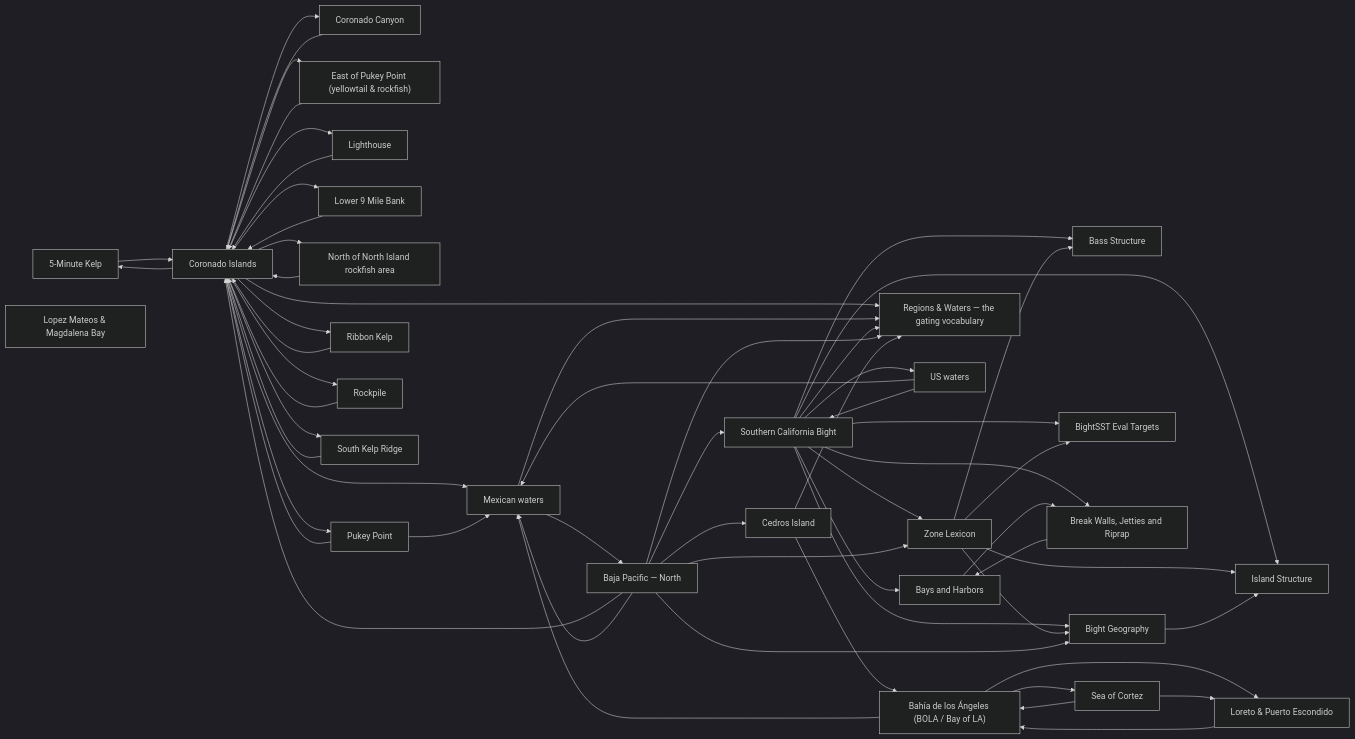
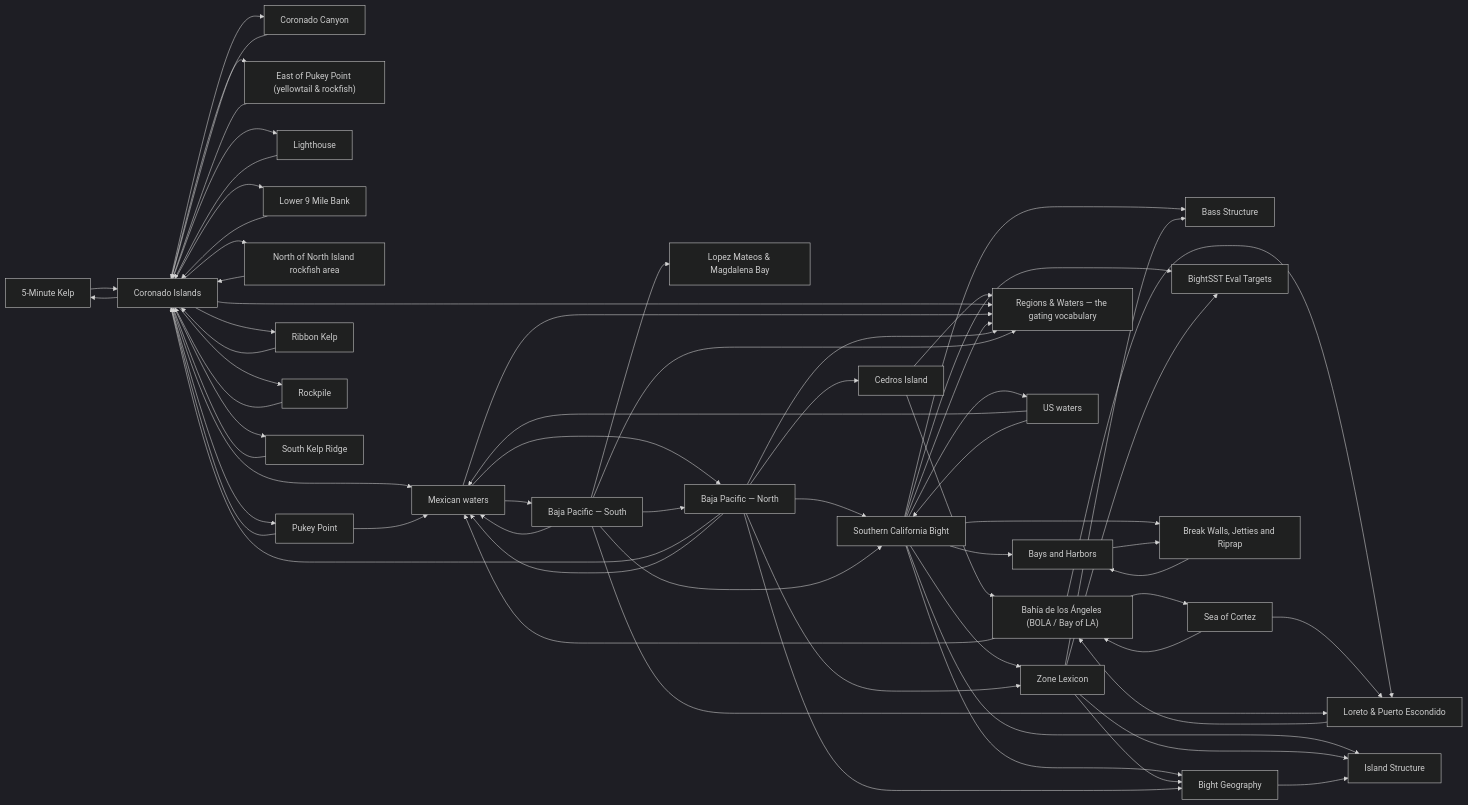
One commit to camchuckpete-max/Socal-Fishing-Knowledge changed the diagram in locations/README.md. Above: the diagram before and after it, drawn with Mermaid (dark theme). The commit also changed other lines of this file and 28 other files, not shown here.

Commit message:
review: locations/baja-pacific-south.md — geo

````diff
--- a/locations/README.md
+++ b/locations/README.md
@@ -47,86 +48,94 @@
   n1["Bahía de los Ángeles (BOLA / Bay of LA)"]
   n2["Lopez Mateos & Magdalena Bay"]
   n3["Baja Pacific — North"]
-  n4["Bass Structure"]
-  n5["Bays and Harbors"]
-  n6["Bight Geography"]
-  n7["BightSST Eval Targets"]
-  n8["Break Walls, Jetties and Riprap"]
-  n9["Cedros Island"]
-  n10["Coronado Canyon"]
-  n11["Coronado Islands"]
-  n12["East of Pukey Point (yellowtail & rockfish)"]
-  n13["Island Structure"]
-  n14["Lighthouse"]
-  n15["Loreto & Puerto Escondido"]
-  n16["Lower 9 Mile Bank"]
-  n17["Mexican waters"]
-  n18["North of North Island rockfish area"]
-  n19["Pukey Point"]
-  n20["Regions & Waters — the gating vocabulary"]
-  n21["Ribbon Kelp"]
-  n22["Rockpile"]
-  n23["Sea of Cortez"]
-  n24["Southern California Bight"]
-  n25["South Kelp Ridge"]
-  n26["US waters"]
-  n27["Zone Lexicon"]
-  n0 --> n11
-  n1 --> n15
-  n1 --> n17
-  n1 --> n23
-  n10 --> n11
-  n11 --> n0
-  n11 --> n10
+  n4["Baja Pacific — South"]
+  n5["Bass Structure"]
+  n6["Bays and Harbors"]
+  n7["Bight Geography"]
+  n8["BightSST Eval Targets"]
+  n9["Break Walls, Jetties and Riprap"]
+  n10["Cedros Island"]
+  n11["Coronado Canyon"]
+  n12["Coronado Islands"]
+  n13["East of Pukey Point (yellowtail & rockfish)"]
+  n14["Island Structure"]
+  n15["Lighthouse"]
+  n16["Loreto & Puerto Escondido"]
+  n17["Lower 9 Mile Bank"]
+  n18["Mexican waters"]
+  n19["North of North Island rockfish area"]
+  n20["Pukey Point"]
+  n21["Regions & Waters — the gating vocabulary"]
+  n22["Ribbon Kelp"]
+  n23["Rockpile"]
+  n24["Sea of Cortez"]
+  n25["Southern California Bight"]
+  n26["South Kelp Ridge"]
+  n27["US waters"]
+  n28["Zone Lexicon"]
+  n0 --> n12
+  n1 --> n16
+  n1 --> n18
+  n1 --> n24
+  n10 --> n1
+  n10 --> n21
   n11 --> n12
-  n11 --> n14
-  n11 --> n16
-  n11 --> n17
-  n11 --> n18
-  n11 --> n19
-  n11 --> n20
-  n11 --> n21
-  n11 --> n22
-  n11 --> n25
+  n12 --> n0
   n12 --> n11
-  n14 --> n11
-  n15 --> n1
-  n16 --> n11
-  n17 --> n20
-  n17 --> n3
-  n18 --> n11
-  n19 --> n11
-  n19 --> n17
-  n21 --> n11
-  n22 --> n11
-  n23 --> n1
-  n23 --> n15
-  n24 --> n13
-  n24 --> n20
-  n24 --> n26
-  n24 --> n27
-  n24 --> n4
-  n24 --> n5
-  n24 --> n6
-  n24 --> n7
-  n24 --> n8
-  n25 --> n11
-  n26 --> n17
-  n26 --> n24
-  n27 --> n13
-  n27 --> n4
-  n27 --> n6
-  n27 --> n7
-  n3 --> n11
-  n3 --> n17
-  n3 --> n20
-  n3 --> n24
-  n3 --> n27
-  n3 --> n6
-  n3 --> n9
-  n5 --> n8
-  n6 --> n13
-  n8 --> n5
-  n9 --> n1
-  n9 --> n20
+  n12 --> n13
+  n12 --> n15
+  n12 --> n17
+  n12 --> n18
+  n12 --> n19
+  n12 --> n20
+  n12 --> n21
+  n12 --> n22
+  n12 --> n23
+  n12 --> n26
+  n13 --> n12
+  n15 --> n12
+  n16 --> n1
+  n17 --> n12
+  n18 --> n21
+  n18 --> n3
+  n18 --> n4
+  n19 --> n12
+  n20 --> n12
+  n20 --> n18
+  n22 --> n12
+  n23 --> n12
+  n24 --> n1
+  n24 --> n16
+  n25 --> n14
+  n25 --> n21
+  n25 --> n27
+  n25 --> n28
+  n25 --> n5
+  n25 --> n6
+  n25 --> n7
+  n25 --> n8
+  n25 --> n9
+  n26 --> n12
+  n27 --> n18
+  n27 --> n25
+  n28 --> n14
+  n28 --> n5
+  n28 --> n7
+  n28 --> n8
+  n3 --> n10
+  n3 --> n12
+  n3 --> n18
+  n3 --> n21
+  n3 --> n25
+  n3 --> n28
+  n3 --> n7
+  n4 --> n16
+  n4 --> n18
+  n4 --> n2
+  n4 --> n21
+  n4 --> n25
+  n4 --> n3
+  n6 --> n9
+  n7 --> n14
+  n9 --> n6
 ```
````
